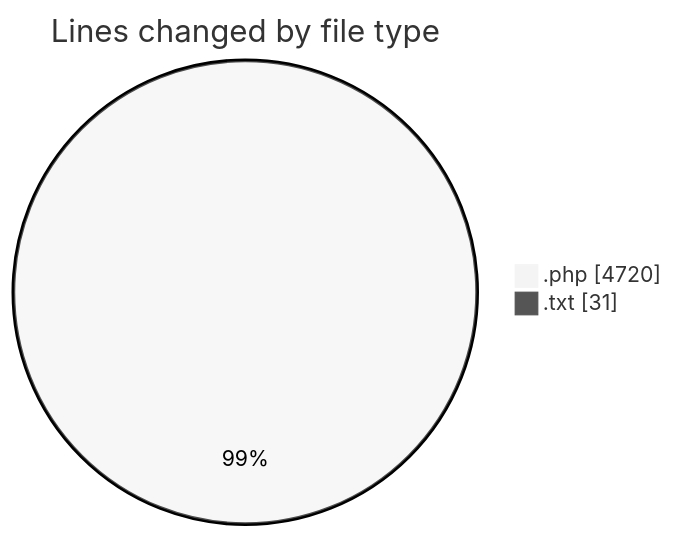
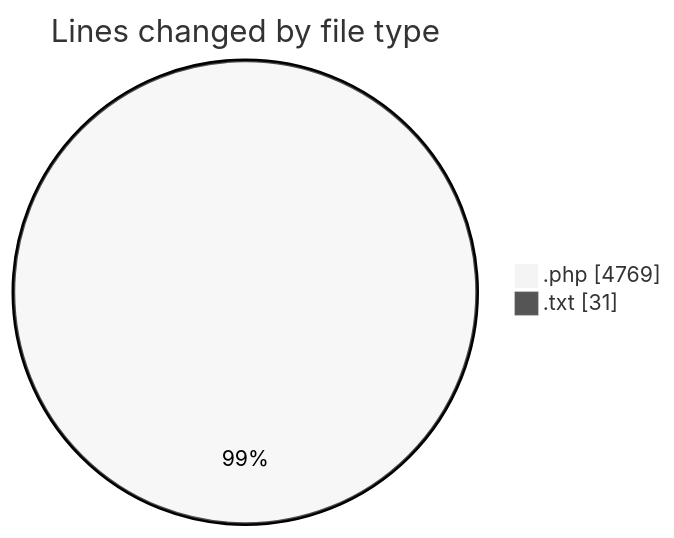
Before and after one commit to debugP/code-tracking: the first of 2 diagrams in 2025-10-17/untitled__workspace_/README.md, drawn with Mermaid (neutral theme). The commit also changed other lines of this file and 1 other file, not shown here.

````diff
--- a/2025-10-17/untitled__workspace_/README.md
+++ b/2025-10-17/untitled__workspace_/README.md
@@ -23,6 +23,6 @@
 ```mermaid
 pie showData
 title Lines changed by file type
-".php" : 4720
+".php" : 4769
 ".txt" : 31
 ```
````
